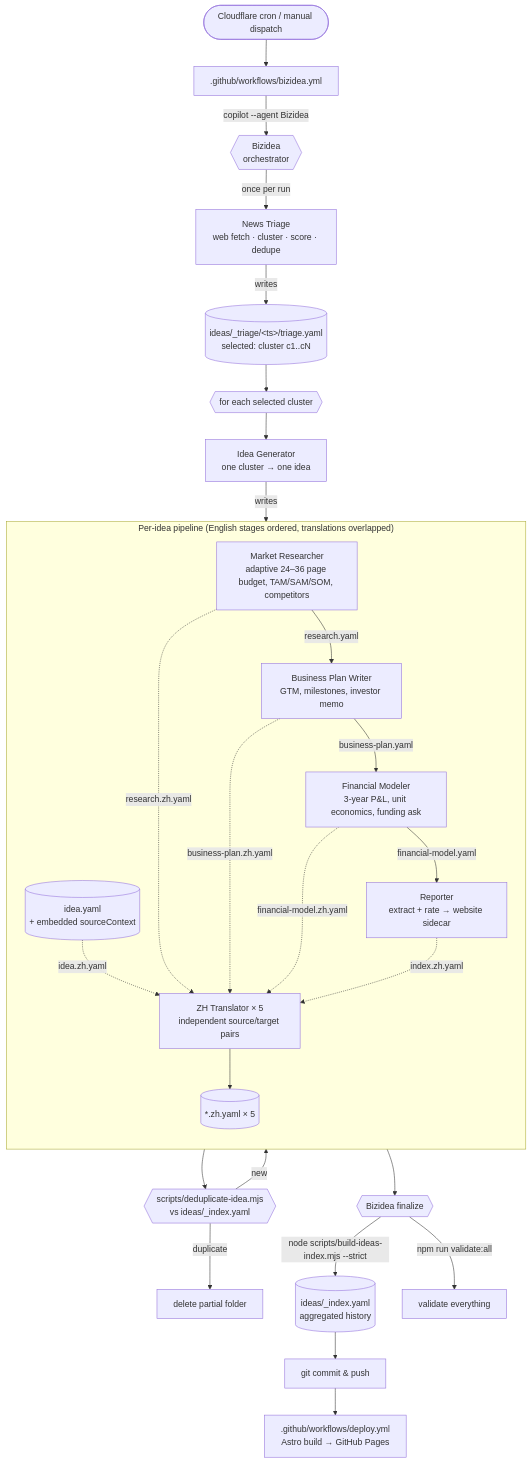
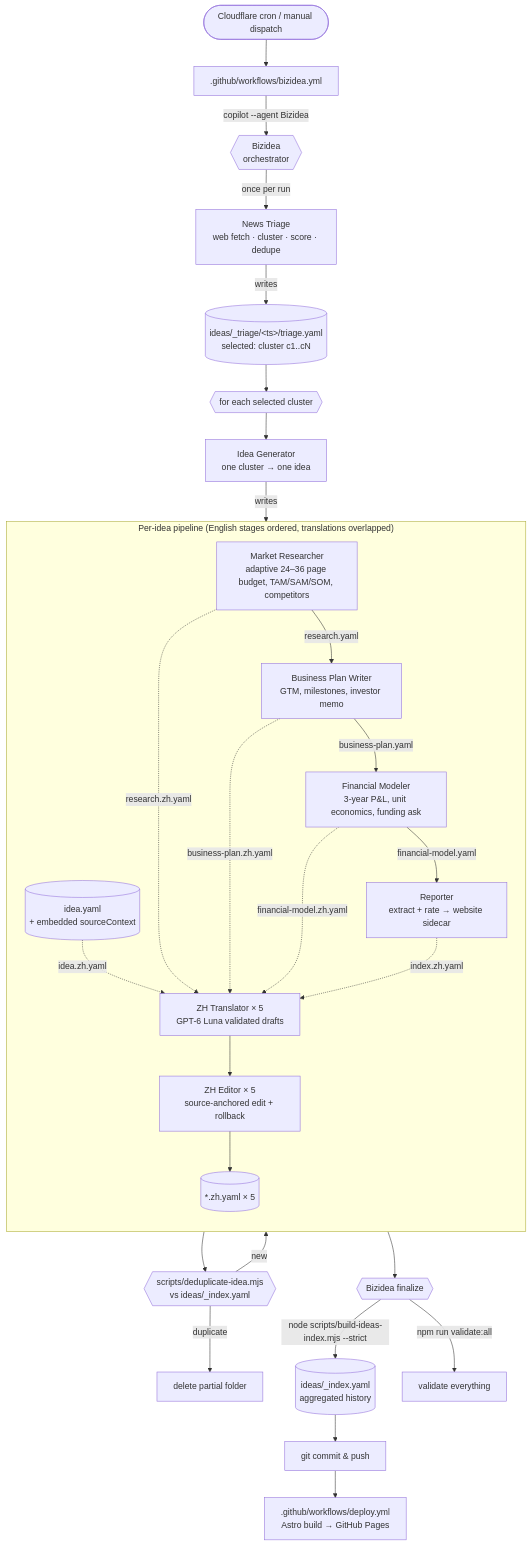
Before and after one commit to vibewatch/bizidea: the diagram in README.md, drawn with Mermaid. The commit also changed other lines of this file and 10 other files, not shown here.

First line of the commit message:
Improve Chinese translation with source-anchored editing

````diff
--- a/README.md
+++ b/README.md
@@ -13,35 +13,37 @@
 ```mermaid
 flowchart TD
   cron([Cloudflare cron / manual dispatch]) --> wf[".github/workflows/bizidea.yml"]
     wf -->|"copilot --agent Bizidea"| orch{{"Bizidea<br/>orchestrator"}}
 
     orch -->|"once per run"| triage["News Triage<br/>web fetch · cluster · score · dedupe"]
     triage -->|"writes"| triageFile[("ideas/_triage/&lt;ts&gt;/triage.yaml<br/>selected: cluster c1..cN")]
 
     triageFile --> fanout{{"for each selected cluster"}}
     fanout --> idea["Idea Generator<br/>one cluster &rarr; one idea"]
     idea -->|"writes"| ideaFile[("idea.yaml<br/>+ embedded sourceContext")]
     ideaFile --> dedup{{"scripts/deduplicate-idea.mjs<br/>vs ideas/_index.yaml"}}
     dedup -->|"duplicate"| drop["delete partial folder"]
     dedup -->|"new"| pipeline
 
     subgraph pipeline ["Per-idea pipeline (English stages ordered, translations overlapped)"]
         direction TB
         mr["Market Researcher<br/>adaptive 24–36 page budget, TAM/SAM/SOM, competitors"] -->|"research.yaml"| bp["Business Plan Writer<br/>GTM, milestones, investor memo"]
         bp -->|"business-plan.yaml"| fm["Financial Modeler<br/>3-year P&amp;L, unit economics, funding ask"]
         fm -->|"financial-model.yaml"| rep["Reporter<br/>extract + rate &rarr; website sidecar"]
-        zh["ZH Translator &times; 5<br/>independent source/target pairs"]
+        zh["ZH Translator &times; 5<br/>GPT-6 Luna validated drafts"]
+        zhEdit["ZH Editor &times; 5<br/>source-anchored edit + rollback"]
         ideaFile -.->|"idea.zh.yaml"| zh
         mr -.->|"research.zh.yaml"| zh
         bp -.->|"business-plan.zh.yaml"| zh
         fm -.->|"financial-model.zh.yaml"| zh
         rep -.->|"index.zh.yaml"| zh
-        zh --> zhFiles[("*.zh.yaml &times; 5")]
+        zh --> zhEdit
+        zhEdit --> zhFiles[("*.zh.yaml &times; 5")]
     end
 
     zhFiles --> finalize{{"Bizidea finalize"}}
     finalize -->|"node scripts/build-ideas-index.mjs --strict"| indexFile[("ideas/_index.yaml<br/>aggregated history")]
     finalize -->|"npm run validate:all"| validate["validate everything"]
     indexFile --> push["git commit &amp; push"]
     push --> deploy[".github/workflows/deploy.yml<br/>Astro build &rarr; GitHub Pages"]
 ```
````
